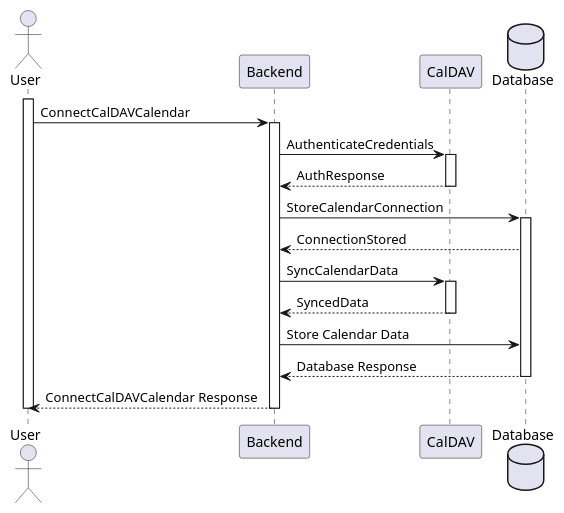
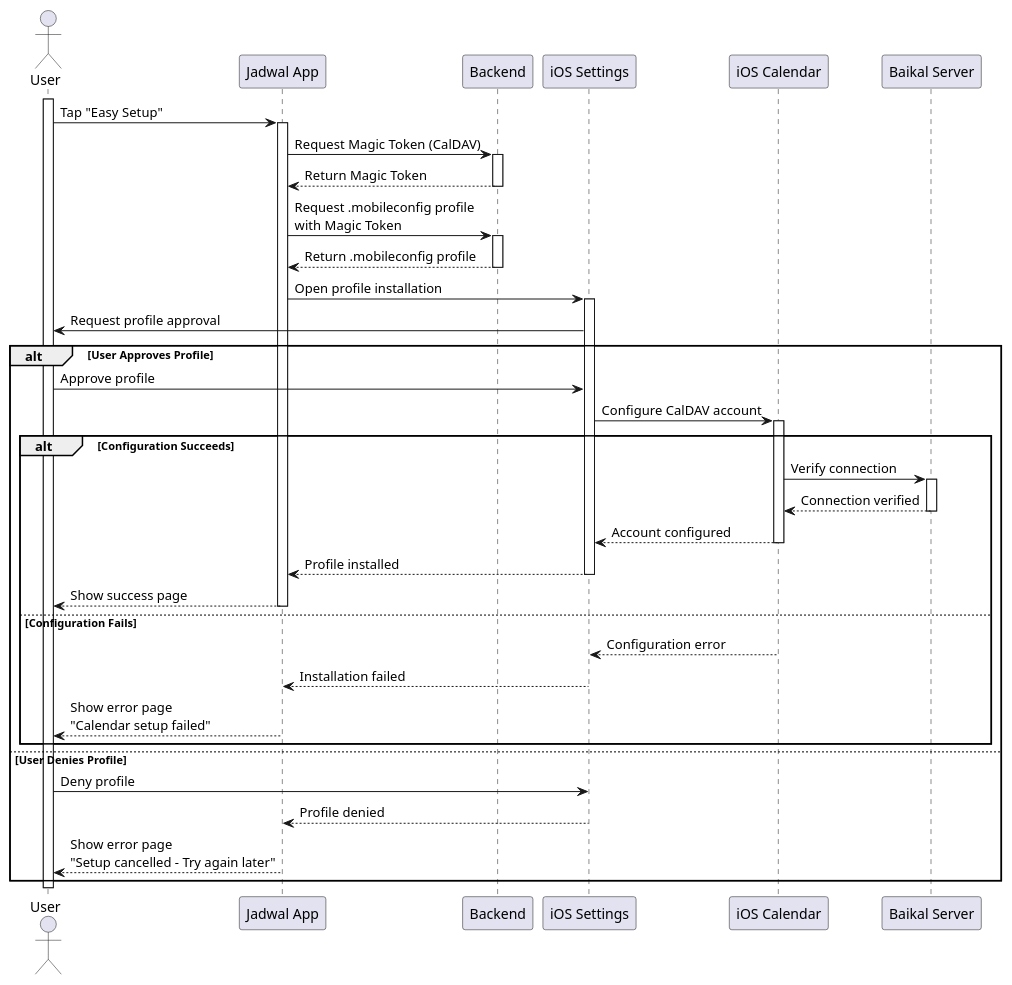
The fifth of 14 diagrams in docs/diagrams/sequence-diagrams/all-sequence-diagrams.puml (jadwalapp/symmetrical-spoon), drawn with PlantUML before and after one commit. The commit also changed other lines of this file and 20 other files, not shown here.

```diff
--- a/docs/diagrams/sequence-diagrams/all-sequence-diagrams.puml
+++ b/docs/diagrams/sequence-diagrams/all-sequence-diagrams.puml
@@ -113,25 +115,43 @@
 @startuml Connect Calendar
 actor User
-participant Backend
-participant CalDAV
-database Database
+participant "Jadwal App" as App
+participant "Backend" as Backend
+participant "iOS Settings" as Settings
+participant "iOS Calendar" as Calendar
+participant "Baikal Server" as Baikal
 
 activate User
 
-User -> Backend ++ : ConnectCalDAVCalendar
+User -> App ++ : Tap "Easy Setup"
+App -> Backend ++ : Request Magic Token (CalDAV)
+Backend --> App -- : Return Magic Token
 
-Backend -> CalDAV ++ : AuthenticateCredentials
-CalDAV --> Backend -- : AuthResponse
+App -> Backend ++ : Request .mobileconfig profile\nwith Magic Token
+Backend --> App -- : Return .mobileconfig profile
 
-Backend -> Database ++ : StoreCalendarConnection
-Database --> Backend : ConnectionStored
+App -> Settings ++ : Open profile installation
 
-Backend -> CalDAV ++ : SyncCalendarData
-CalDAV --> Backend -- : SyncedData
+Settings -> User : Request profile approval
+alt User Approves Profile
+    User -> Settings : Approve profile
+    
+    Settings -> Calendar ++ : Configure CalDAV account
+    alt Configuration Succeeds
+        Calendar -> Baikal ++ : Verify connection
+        Baikal --> Calendar -- : Connection verified
+        Calendar --> Settings -- : Account configured
+        Settings --> App -- : Profile installed
+        App --> User -- : Show success page
+    else Configuration Fails
+        Calendar --> Settings -- : Configuration error
+        Settings --> App -- : Installation failed
+        App --> User : Show error page\n"Calendar setup failed"
+    end
+else User Denies Profile
+    User -> Settings : Deny profile
+    Settings --> App -- : Profile denied
+    App --> User : Show error page\n"Setup cancelled - Try again later"
+end
 
-Backend -> Database : Store Calendar Data
-Database --> Backend -- :  Database Response
-
-Backend --> User -- : ConnectCalDAVCalendar Response
 deactivate User
 @enduml
```
